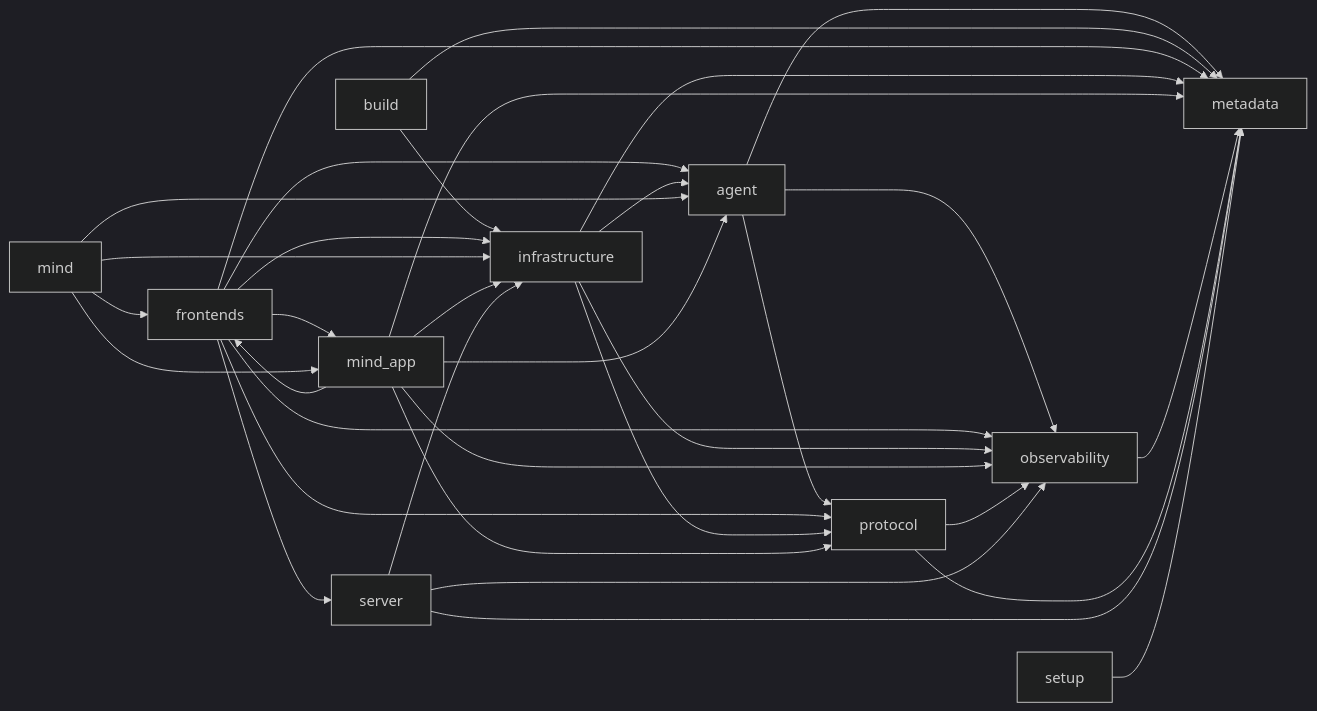
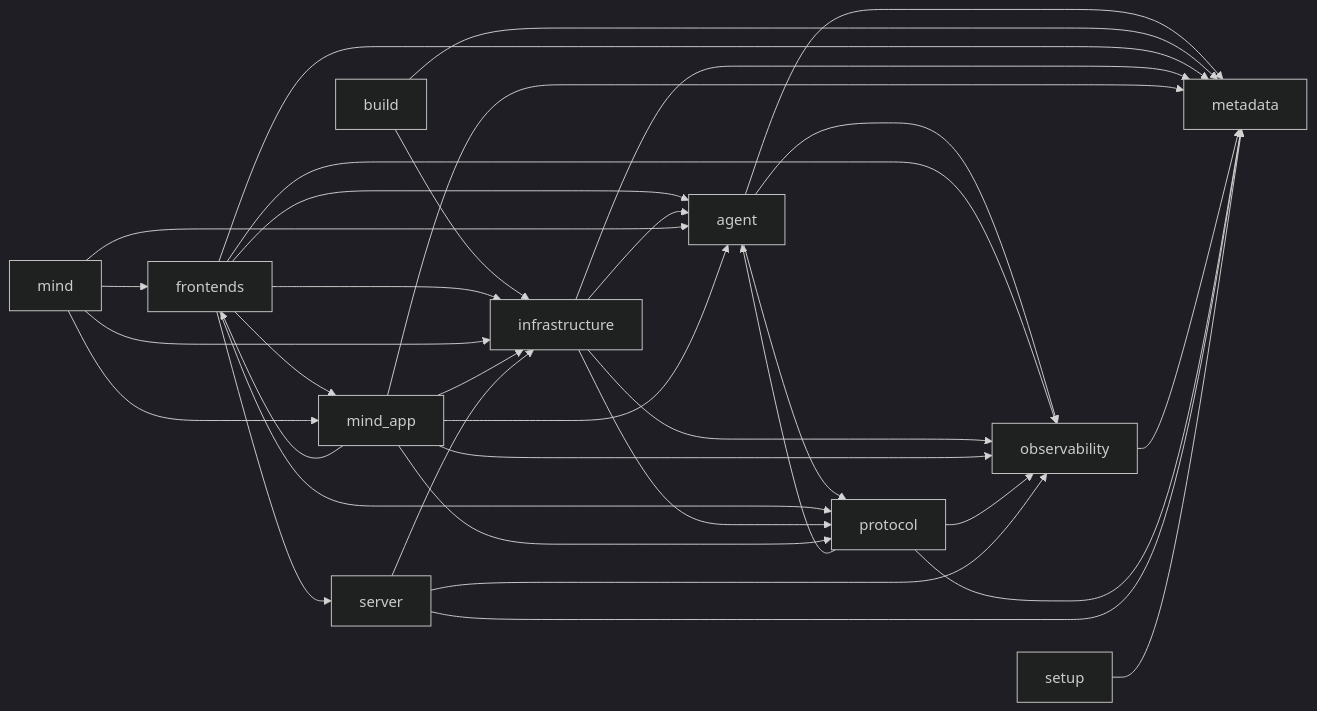
One commit to AxionixLabs/ProxyMind changed the diagram in AGENT_RUNTIME_IMPORT_GRAPH.md. Above: the diagram before and after it, drawn with Mermaid (dark theme). The commit also changed other lines of this file and 90 other files, not shown here.

````diff
--- a/AGENT_RUNTIME_IMPORT_GRAPH.md
+++ b/AGENT_RUNTIME_IMPORT_GRAPH.md
@@ -15,36 +15,37 @@
 ```mermaid
 flowchart LR
     agent --> metadata
     agent --> observability
     agent --> protocol
     build --> infrastructure
     build --> metadata
     frontends --> agent
     frontends --> infrastructure
     frontends --> metadata
     frontends --> mind_app
     frontends --> observability
     frontends --> protocol
     frontends --> server
     infrastructure --> agent
     infrastructure --> metadata
     infrastructure --> observability
     infrastructure --> protocol
     mind --> agent
     mind --> frontends
     mind --> infrastructure
     mind --> mind_app
     mind_app --> agent
     mind_app --> frontends
     mind_app --> infrastructure
     mind_app --> metadata
     mind_app --> observability
     mind_app --> protocol
     observability --> metadata
+    protocol --> agent
     protocol --> metadata
     protocol --> observability
     server --> infrastructure
     server --> metadata
     server --> observability
     setup --> metadata
 ```
````
